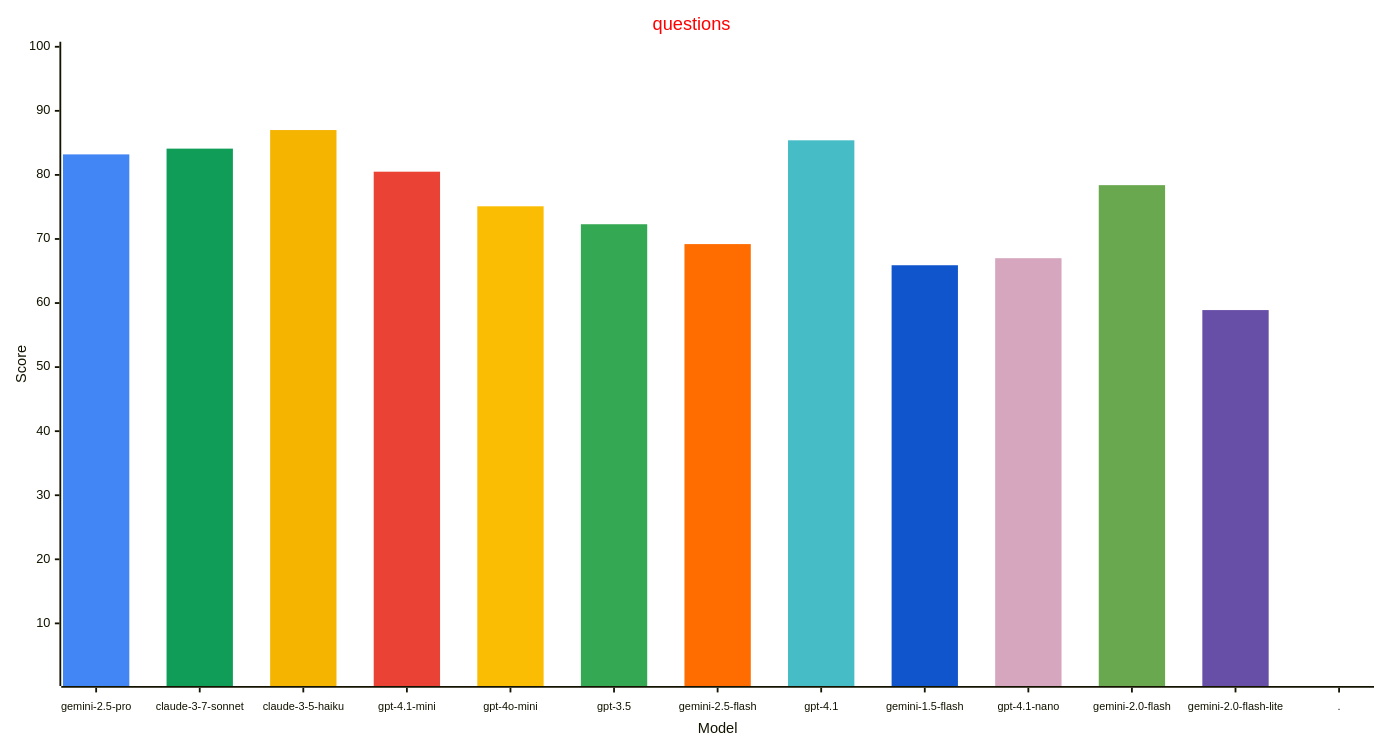
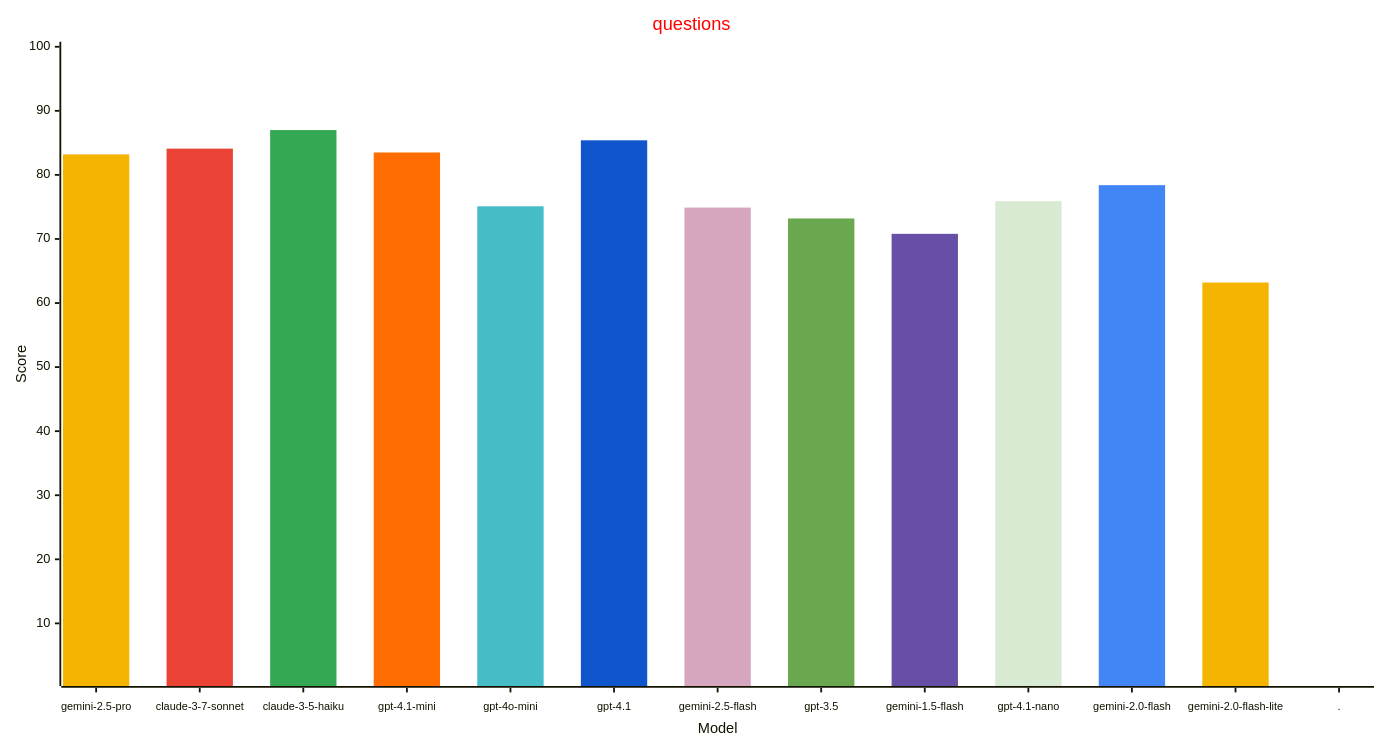
One commit to allenporter/home-assistant-datasets changed the third of 4 diagrams in reports/README.md. Above: the diagram before and after it, drawn with Mermaid. The commit also changed other lines of this file, not shown here.

````diff
--- a/reports/README.md
+++ b/reports/README.md
@@ -149,33 +154,33 @@
 ```mermaid
 ---
 config:
     xyChart:
         width: 1500
         height: 800
         xAxis:
           labelFontSize: 12
           labelPadding: 8
     themeVariables:
         xyChart:
             titleColor: "#ff0000"
-            plotColorPalette: "#4285f4, #0f9d58, #f4b400, #ea4335, #fbbc04, #34a853, #ff6d01, #46bdc6, #1155cc, #d5a6bd, #6aa84f, #674ea7, #4285f4"
+            plotColorPalette: "#f4b400, #ea4335, #34a853, #ff6d01, #46bdc6, #1155cc, #d5a6bd, #6aa84f, #674ea7, #d9ead3, #4285f4, #f4b400, #4285f4"
 
 ---
 xychart-beta
   title "questions"
-  x-axis "Model" [gemini-2.5-pro, claude-3-7-sonnet, claude-3-5-haiku, gpt-4.1-mini, gpt-4o-mini, gpt-3.5, gemini-2.5-flash, gpt-4.1, gemini-1.5-flash, gpt-4.1-nano, gemini-2.0-flash, gemini-2.0-flash-lite, .]
+  x-axis "Model" [gemini-2.5-pro, claude-3-7-sonnet, claude-3-5-haiku, gpt-4.1-mini, gpt-4o-mini, gpt-4.1, gemini-2.5-flash, gpt-3.5, gemini-1.5-flash, gpt-4.1-nano, gemini-2.0-flash, gemini-2.0-flash-lite, .]
   y-axis "Score" 1 --> 100
   bar [83.2, 0.0, 0.0, 0.0, 0.0, 0.0, 0.0, 0.0, 0.0, 0.0, 0.0, 0.0, 0.0]
   bar [0.0, 84.1, 0.0, 0.0, 0.0, 0.0, 0.0, 0.0, 0.0, 0.0, 0.0, 0.0, 0.0]
   bar [0.0, 0.0, 87.0, 0.0, 0.0, 0.0, 0.0, 0.0, 0.0, 0.0, 0.0, 0.0, 0.0]
-  bar [0.0, 0.0, 0.0, 80.5, 0.0, 0.0, 0.0, 0.0, 0.0, 0.0, 0.0, 0.0, 0.0]
+  bar [0.0, 0.0, 0.0, 83.5, 0.0, 0.0, 0.0, 0.0, 0.0, 0.0, 0.0, 0.0, 0.0]
   bar [0.0, 0.0, 0.0, 0.0, 75.1, 0.0, 0.0, 0.0, 0.0, 0.0, 0.0, 0.0, 0.0]
-  bar [0.0, 0.0, 0.0, 0.0, 0.0, 72.3, 0.0, 0.0, 0.0, 0.0, 0.0, 0.0, 0.0]
-  bar [0.0, 0.0, 0.0, 0.0, 0.0, 0.0, 69.2, 0.0, 0.0, 0.0, 0.0, 0.0, 0.0]
-  bar [0.0, 0.0, 0.0, 0.0, 0.0, 0.0, 0.0, 85.4, 0.0, 0.0, 0.0, 0.0, 0.0]
-  bar [0.0, 0.0, 0.0, 0.0, 0.0, 0.0, 0.0, 0.0, 65.9, 0.0, 0.0, 0.0, 0.0]
-  bar [0.0, 0.0, 0.0, 0.0, 0.0, 0.0, 0.0, 0.0, 0.0, 67.0, 0.0, 0.0, 0.0]
+  bar [0.0, 0.0, 0.0, 0.0, 0.0, 85.4, 0.0, 0.0, 0.0, 0.0, 0.0, 0.0, 0.0]
+  bar [0.0, 0.0, 0.0, 0.0, 0.0, 0.0, 74.9, 0.0, 0.0, 0.0, 0.0, 0.0, 0.0]
+  bar [0.0, 0.0, 0.0, 0.0, 0.0, 0.0, 0.0, 73.2, 0.0, 0.0, 0.0, 0.0, 0.0]
+  bar [0.0, 0.0, 0.0, 0.0, 0.0, 0.0, 0.0, 0.0, 70.8, 0.0, 0.0, 0.0, 0.0]
+  bar [0.0, 0.0, 0.0, 0.0, 0.0, 0.0, 0.0, 0.0, 0.0, 75.9, 0.0, 0.0, 0.0]
   bar [0.0, 0.0, 0.0, 0.0, 0.0, 0.0, 0.0, 0.0, 0.0, 0.0, 78.4, 0.0, 0.0]
-  bar [0.0, 0.0, 0.0, 0.0, 0.0, 0.0, 0.0, 0.0, 0.0, 0.0, 0.0, 58.9, 0.0]
+  bar [0.0, 0.0, 0.0, 0.0, 0.0, 0.0, 0.0, 0.0, 0.0, 0.0, 0.0, 63.2, 0.0]
   bar [0.0, 0.0, 0.0, 0.0, 0.0, 0.0, 0.0, 0.0, 0.0, 0.0, 0.0, 0.0, -1.0]
 ```
````
